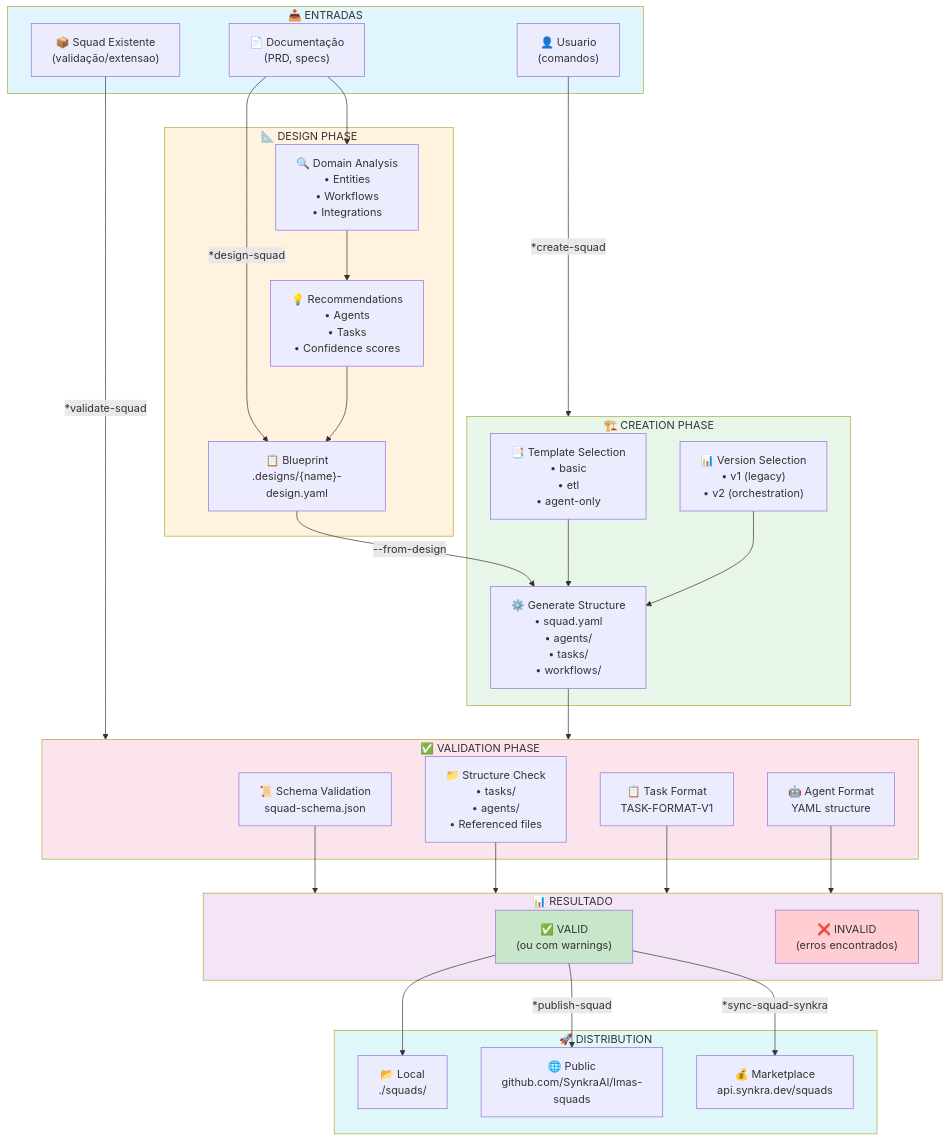
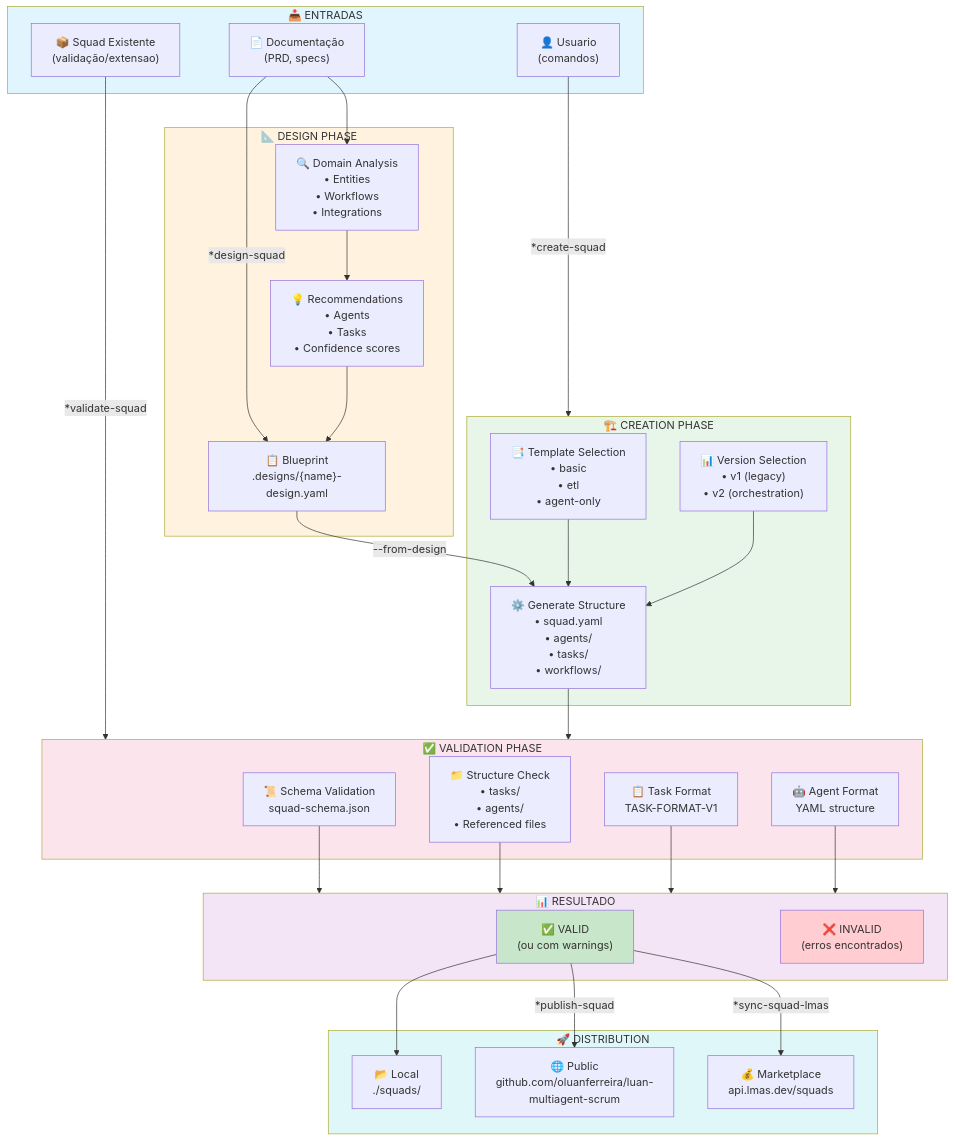
One commit to oluanferreira/luan-multiagent-scrum changed the first of 6 diagrams in docs/aiox-agent-flows/squad-creator-system.md. Above: the diagram before and after it, drawn with Mermaid. The commit also changed other lines of this file and 415 other files, not shown here.

First line of the commit message:
refactor: rebrand Synkra/SynkraAI → LMAS by Luan Ferreira

````diff
--- a/docs/aiox-agent-flows/squad-creator-system.md
+++ b/docs/aiox-agent-flows/squad-creator-system.md
@@ -107,69 +107,69 @@
 ```mermaid
 flowchart TB
     subgraph INPUTS["📥 ENTRADAS"]
         DOCS["📄 Documentação<br/>(PRD, specs)"]
         USER["👤 Usuario<br/>(comandos)"]
         EXISTING["📦 Squad Existente<br/>(validação/extensao)"]
     end
 
     DOCS -->|"*design-squad"| BLUEPRINT
     USER -->|"*create-squad"| CREATE
     EXISTING -->|"*validate-squad"| VALIDATE
 
     subgraph DESIGN["📐 DESIGN PHASE"]
         BLUEPRINT["📋 Blueprint<br/>.designs/{name}-design.yaml"]
         ANALYSIS["🔍 Domain Analysis<br/>• Entities<br/>• Workflows<br/>• Integrations"]
         RECOMMEND["💡 Recommendations<br/>• Agents<br/>• Tasks<br/>• Confidence scores"]
     end
 
     DOCS --> ANALYSIS
     ANALYSIS --> RECOMMEND
     RECOMMEND --> BLUEPRINT
 
     subgraph CREATE["🏗️ CREATION PHASE"]
         TEMPLATE["📑 Template Selection<br/>• basic<br/>• etl<br/>• agent-only"]
         VERSION["📊 Version Selection<br/>• v1 (legacy)<br/>• v2 (orchestration)"]
         GENERATE["⚙️ Generate Structure<br/>• squad.yaml<br/>• agents/<br/>• tasks/<br/>• workflows/"]
     end
 
     BLUEPRINT -->|"--from-design"| GENERATE
     TEMPLATE --> GENERATE
     VERSION --> GENERATE
 
     subgraph VALIDATE["✅ VALIDATION PHASE"]
         SCHEMA["📜 Schema Validation<br/>squad-schema.json"]
         STRUCTURE["📁 Structure Check<br/>• tasks/<br/>• agents/<br/>• Referenced files"]
         TASK_FMT["📋 Task Format<br/>TASK-FORMAT-V1"]
         AGENT_FMT["🤖 Agent Format<br/>YAML structure"]
     end
 
     GENERATE --> VALIDATE
     SCHEMA --> RESULT
     STRUCTURE --> RESULT
     TASK_FMT --> RESULT
     AGENT_FMT --> RESULT
 
     subgraph RESULT["📊 RESULTADO"]
         VALID["✅ VALID<br/>(ou com warnings)"]
         INVALID["❌ INVALID<br/>(erros encontrados)"]
     end
 
     subgraph DISTRIBUTE["🚀 DISTRIBUTION"]
         LOCAL["📂 Local<br/>./squads/"]
-        PUBLIC["🌐 Public<br/>github.com/SynkraAI/lmas-squads"]
-        MARKET["💰 Marketplace<br/>api.synkra.dev/squads"]
+        PUBLIC["🌐 Public<br/>github.com/oluanferreira/luan-multiagent-scrum"]
+        MARKET["💰 Marketplace<br/>api.lmas.dev/squads"]
     end
 
     VALID --> LOCAL
     VALID -->|"*publish-squad"| PUBLIC
-    VALID -->|"*sync-squad-synkra"| MARKET
+    VALID -->|"*sync-squad-lmas"| MARKET
 
     style INPUTS fill:#e1f5fe
     style DESIGN fill:#fff3e0
     style CREATE fill:#e8f5e9
     style VALIDATE fill:#fce4ec
     style RESULT fill:#f3e5f5
     style DISTRIBUTE fill:#e0f7fa
     style VALID fill:#c8e6c9
     style INVALID fill:#ffcdd2
 ```
````
